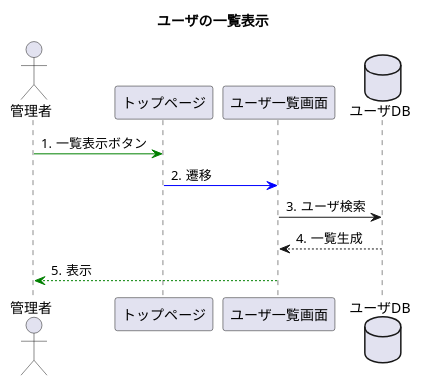
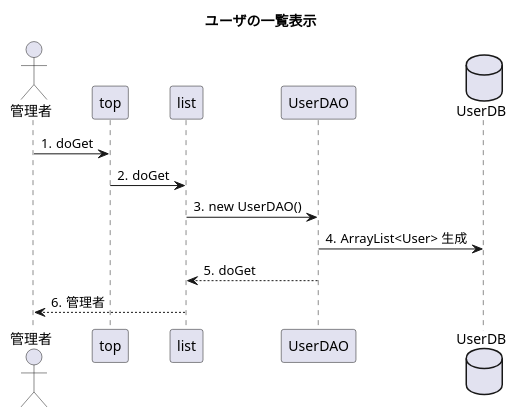
Before and after one commit to toufu66/ProjectC: the diagram in uml_detail/seq_listup.pu, drawn with PlantUML.

Commit message:
listupシーケンス作成

```diff
--- a/uml_detail/seq_listup.pu
+++ b/uml_detail/seq_listup.pu
@@ -1,20 +1,19 @@
 @startuml
 title ユーザの一覧表示
 
 autonumber "#."
 
 actor 管理者
-participant トップページ
-participant ユーザ一覧画面
-database ユーザDB
+participant top
+participant list
+participant UserDAO
+database UserDB
 
+管理者->top:doGet
+top->list:doGet
+list->UserDAO:new UserDAO()
+UserDAO->UserDB:ArrayList<User> 生成
+UserDAO-->list:doGet
+list-->管理者:管理者
 
-
-管理者 -[#green]> トップページ:一覧表示ボタン
-トップページ -[#blue]> ユーザ一覧画面:遷移
-ユーザ一覧画面 -> ユーザDB:ユーザ検索
-ユーザDB --> ユーザ一覧画面:一覧生成
-
-
-ユーザ一覧画面 --[#green]> 管理者:表示
 @enduml
```
